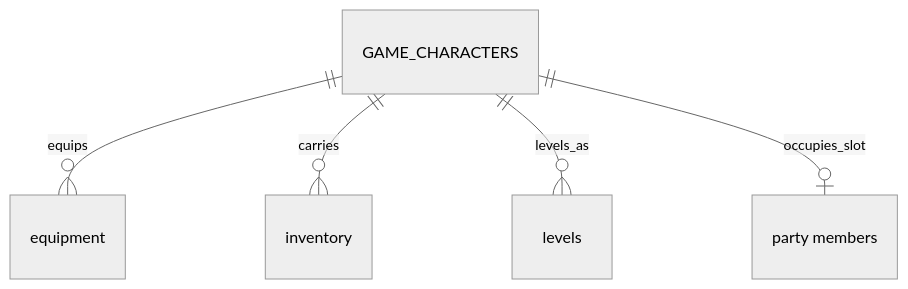
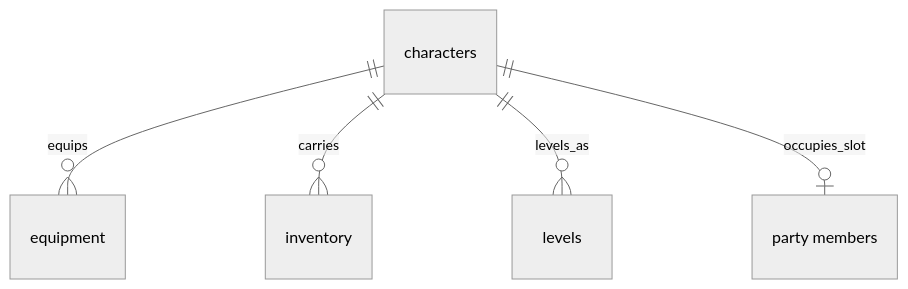
One commit to jonasferagen/agent-skills changed the fourth of 7 diagrams in collections/project-foundation/skills/diagrams-and-tables/references/er/examples.md. Above: the diagram before and after it, drawn with Mermaid (neutral theme). The commit also changed other lines of this file and 8 other files, not shown here.

````diff
--- a/collections/project-foundation/skills/diagrams-and-tables/references/er/examples.md
+++ b/collections/project-foundation/skills/diagrams-and-tables/references/er/examples.md
@@ -92,12 +100,13 @@
 ```mermaid
 erDiagram
+  GAME_CHARACTERS["characters"]
   GAME_CHARACTER_EQUIPMENT["equipment"]
   GAME_CHARACTER_INVENTORY["inventory"]
   GAME_CHARACTER_LEVELS["levels"]
   GAME_PARTY_MEMBERS["party members"]
 
   GAME_CHARACTERS ||--o{ GAME_CHARACTER_EQUIPMENT : equips
   GAME_CHARACTERS ||--o{ GAME_CHARACTER_INVENTORY : carries
   GAME_CHARACTERS ||--o{ GAME_CHARACTER_LEVELS : levels_as
   GAME_CHARACTERS ||--o| GAME_PARTY_MEMBERS : occupies_slot
 ```
````
